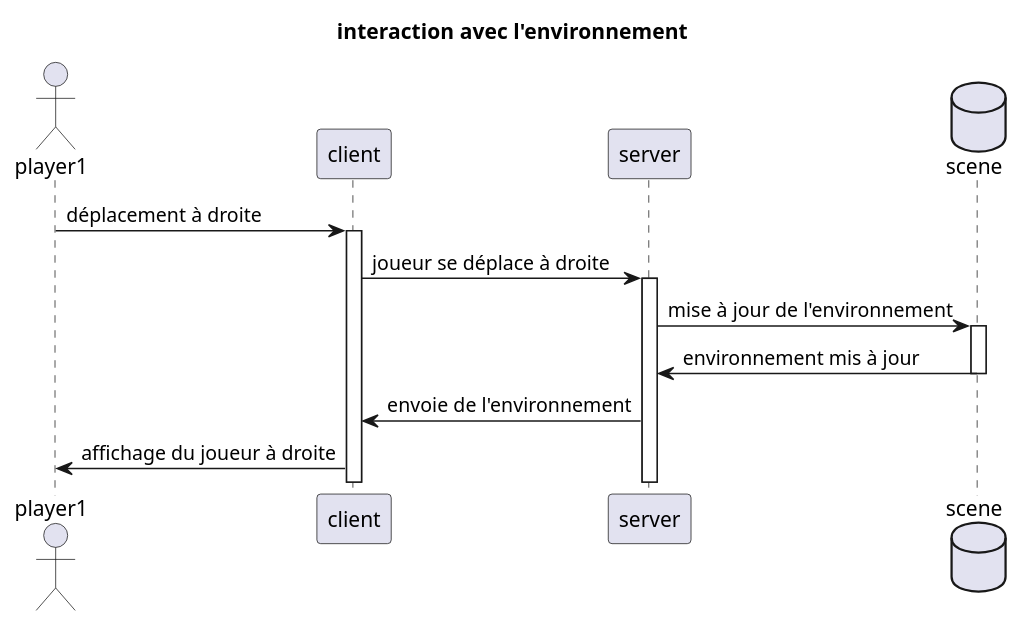
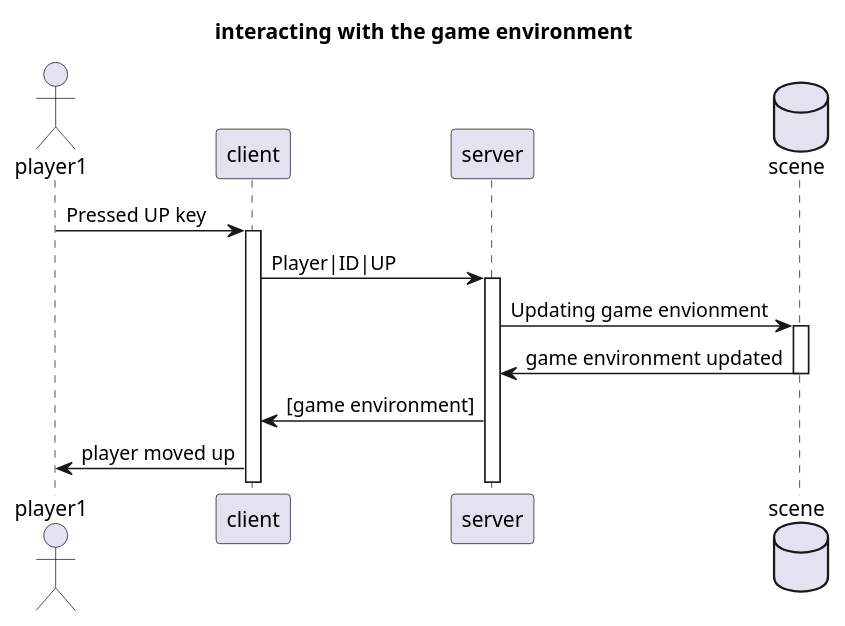
Before and after one commit to MatteoDeVita/R-Type-multiplayer: the diagram in doc/interactions_environnement.plantuml, drawn with PlantUML. The commit also changed 1 other file, not shown here.

Commit message:
updating doc with udp protocol and changing doc language to english

```diff
--- a/doc/interactions_environnement.plantuml
+++ b/doc/interactions_environnement.plantuml
@@ -1,14 +1,14 @@
 @startuml
-title interaction avec l'environnement
+title interacting with the game environment
 actor player1 order 10
 participant client order 20
 participant server order 30
 database scene order 40
 
-player1 -> client ++ : déplacement à droite
-client -> server ++ : joueur se déplace à droite
-server -> scene ++ : mise à jour de l'environnement
-scene -> server -- : environnement mis à jour
-server -> client : envoie de l'environnement
-client -> player1 : affichage du joueur à droite
+player1 -> client ++ : Pressed UP key
+client -> server ++ : Player|ID|UP
+server -> scene ++ : Updating game envionment
+scene -> server -- : game environment updated
+server -> client : [game environment]
+client -> player1 : player moved up
 @enduml
```
